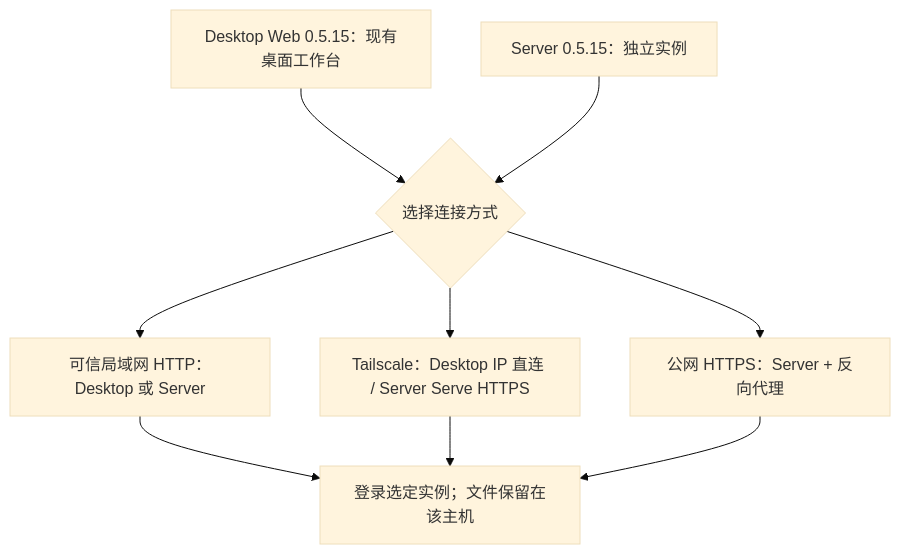
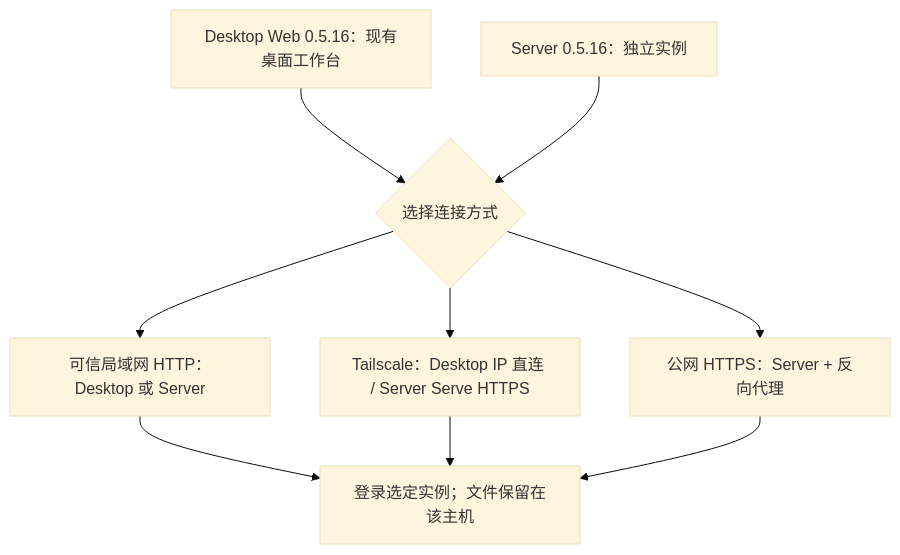
One commit to murray17/rovai-ai changed the diagram in website/site/public/assets/diagrams/deployment-choice-zh.mmd. Above: the diagram before and after it, drawn with Mermaid (base theme). The commit also changed 10 other files, not shown here.

```diff
--- a/website/site/public/assets/diagrams/deployment-choice-zh.mmd
+++ b/website/site/public/assets/diagrams/deployment-choice-zh.mmd
@@ -1,12 +1,12 @@
 flowchart TB
-  desktop["Desktop Web 0.5.15：现有桌面工作台"]
-  server["Server 0.5.15：独立实例"]
+  desktop["Desktop Web 0.5.16：现有桌面工作台"]
+  server["Server 0.5.16：独立实例"]
   choice{"选择连接方式"}
   desktop --> choice
   server --> choice
   choice --> lan["可信局域网 HTTP：Desktop 或 Server"]
   choice --> ts["Tailscale：Desktop IP 直连 / Server Serve HTTPS"]
   choice --> public["公网 HTTPS：Server + 反向代理"]
   lan --> login["登录选定实例；文件保留在该主机"]
   ts --> login
   public --> login
```
